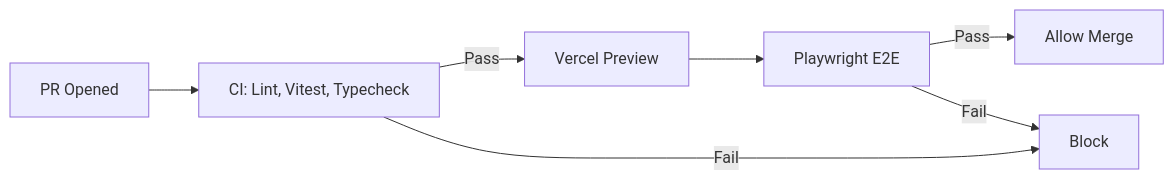
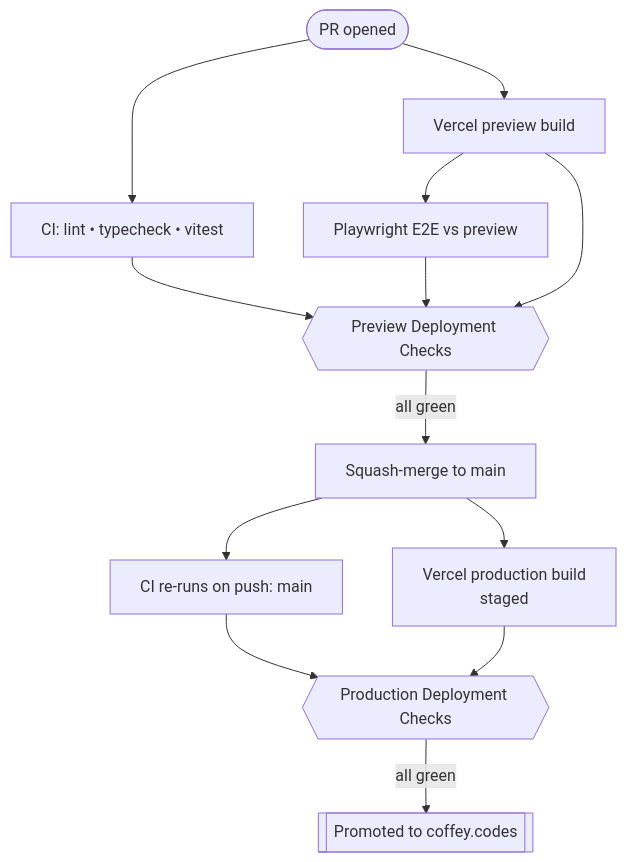
One commit to anthonycoffey/coffey.codes changed the diagram in app/articles/posts/production-grade-ci-cd-with-nextjs-vercel-and-github-actions.mdx. Above: the diagram before and after it, drawn with Mermaid. The commit also changed other lines of this file, not shown here.

````diff
--- a/app/articles/posts/production-grade-ci-cd-with-nextjs-vercel-and-github-actions.mdx
+++ b/app/articles/posts/production-grade-ci-cd-with-nextjs-vercel-and-github-actions.mdx
@@ -21,9 +21,20 @@
 ```mermaid
-flowchart LR
-    PR[PR Opened] --> CI[CI: Lint, Vitest, Typecheck]
-    CI -- Pass --> Vercel[Vercel Preview]
-    Vercel --> E2E[Playwright E2E]
-    E2E -- Pass --> Merge[Allow Merge]
-    CI -- Fail --> Block[Block]
-    E2E -- Fail --> Block
+flowchart TD
+    PR([PR opened]) --> Preview[Vercel preview build]
+    PR --> PRCI[CI: lint • typecheck • vitest]
+    Preview --> E2E[Playwright E2E vs preview]
+
+    PRCI --> PreviewGate{{Preview Deployment Checks}}
+    E2E --> PreviewGate
+    Preview --> PreviewGate
+
+    PreviewGate -->|all green| Merge[Squash-merge to main]
+
+    Merge --> Prod[Vercel production build<br/>staged]
+    Merge --> MainCI[CI re-runs on push: main]
+
+    MainCI --> ProdGate{{Production Deployment Checks}}
+    Prod --> ProdGate
+
+    ProdGate -->|all green| Live[[Promoted to coffey.codes]]
 ```
````
